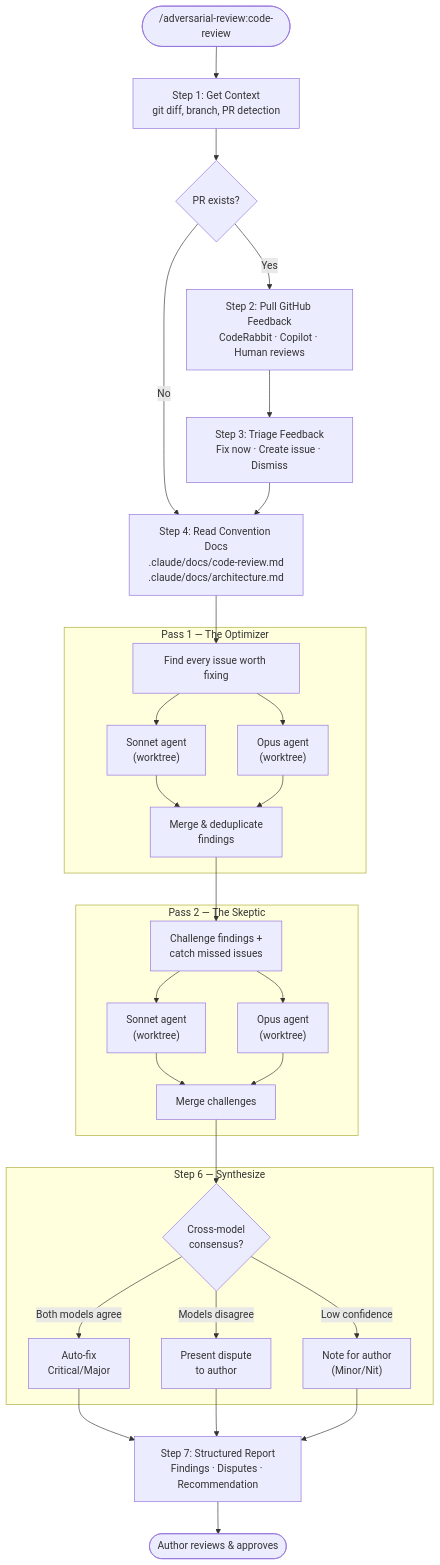
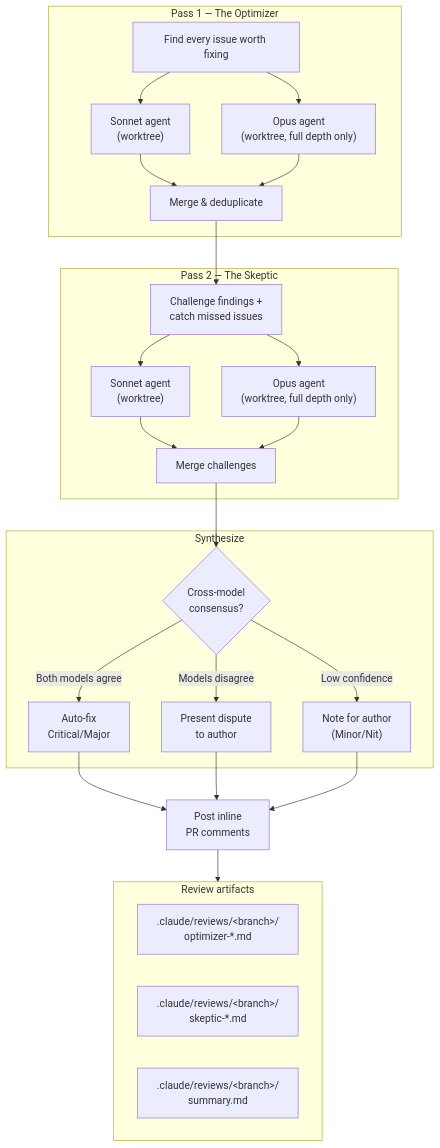
The second of 2 diagrams in README.md (ng/adversarial-review), drawn with Mermaid before and after one commit. The commit also changed other lines of this file and 2 other files, not shown here.

First line of the commit message:
feat: adversarial review pipeline with progressive cost-gating and research-informed design

````diff
--- a/README.md
+++ b/README.md
@@ -23,46 +56,44 @@
 ```mermaid
 flowchart TD
-    Start(["/adversarial-review:code-review"]) --> Context["Step 1: Get Context<br/>git diff, branch, PR detection"]
-    Context --> PR{PR exists?}
-    PR -->|Yes| Feedback["Step 2: Pull GitHub Feedback<br/>CodeRabbit · Copilot · Human reviews"]
-    PR -->|No| Docs
-    Feedback --> Triage["Step 3: Triage Feedback<br/>Fix now · Create issue · Dismiss"]
-    Triage --> Docs["Step 4: Read Convention Docs<br/>.claude/docs/code-review.md<br/>.claude/docs/architecture.md"]
-
-    Docs --> Optimizer
-
     subgraph Pass1["Pass 1 — The Optimizer"]
         Optimizer["Find every issue worth fixing"]
         OptSonnet["Sonnet agent<br/>(worktree)"]
-        OptOpus["Opus agent<br/>(worktree)"]
-        MergeOpt["Merge & deduplicate<br/>findings"]
+        OptOpus["Opus agent<br/>(worktree, full depth only)"]
+        MergeOpt["Merge & deduplicate"]
         Optimizer --> OptSonnet & OptOpus
         OptSonnet & OptOpus --> MergeOpt
     end
 
     MergeOpt --> Skeptic
 
     subgraph Pass2["Pass 2 — The Skeptic"]
         Skeptic["Challenge findings +<br/>catch missed issues"]
         SkpSonnet["Sonnet agent<br/>(worktree)"]
-        SkpOpus["Opus agent<br/>(worktree)"]
+        SkpOpus["Opus agent<br/>(worktree, full depth only)"]
         MergeSkp["Merge challenges"]
         Skeptic --> SkpSonnet & SkpOpus
         SkpSonnet & SkpOpus --> MergeSkp
     end
 
     MergeSkp --> Confidence
 
-    subgraph Synthesis["Step 6 — Synthesize"]
+    subgraph Synthesis["Synthesize"]
         Confidence{"Cross-model<br/>consensus?"}
         AutoFix["Auto-fix<br/>Critical/Major"]
         Dispute["Present dispute<br/>to author"]
         Note["Note for author<br/>(Minor/Nit)"]
         Confidence -->|"Both models agree"| AutoFix
         Confidence -->|"Models disagree"| Dispute
         Confidence -->|"Low confidence"| Note
     end
 
-    AutoFix & Dispute & Note --> Report["Step 7: Structured Report<br/>Findings · Disputes · Recommendation"]
-    Report --> Done([Author reviews & approves])
+    AutoFix & Dispute & Note --> PR["Post inline<br/>PR comments"]
+    PR --> Artifacts
+
+    subgraph Artifacts["Review artifacts"]
+        direction LR
+        A1[".claude/reviews/&lt;branch&gt;/<br/>optimizer-*.md"]
+        A2[".claude/reviews/&lt;branch&gt;/<br/>skeptic-*.md"]
+        A3[".claude/reviews/&lt;branch&gt;/<br/>summary.md"]
+    end
 ```
````
